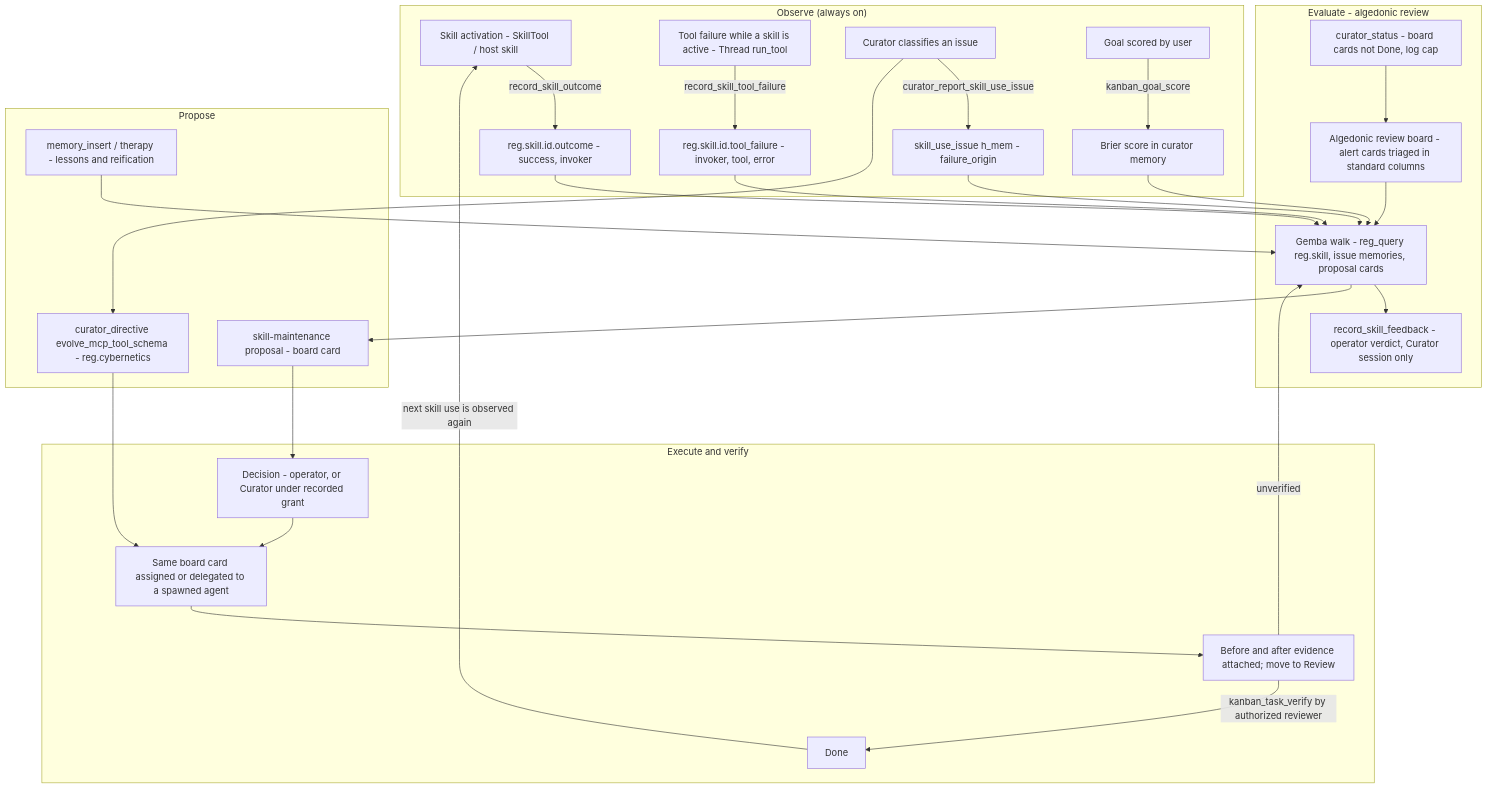
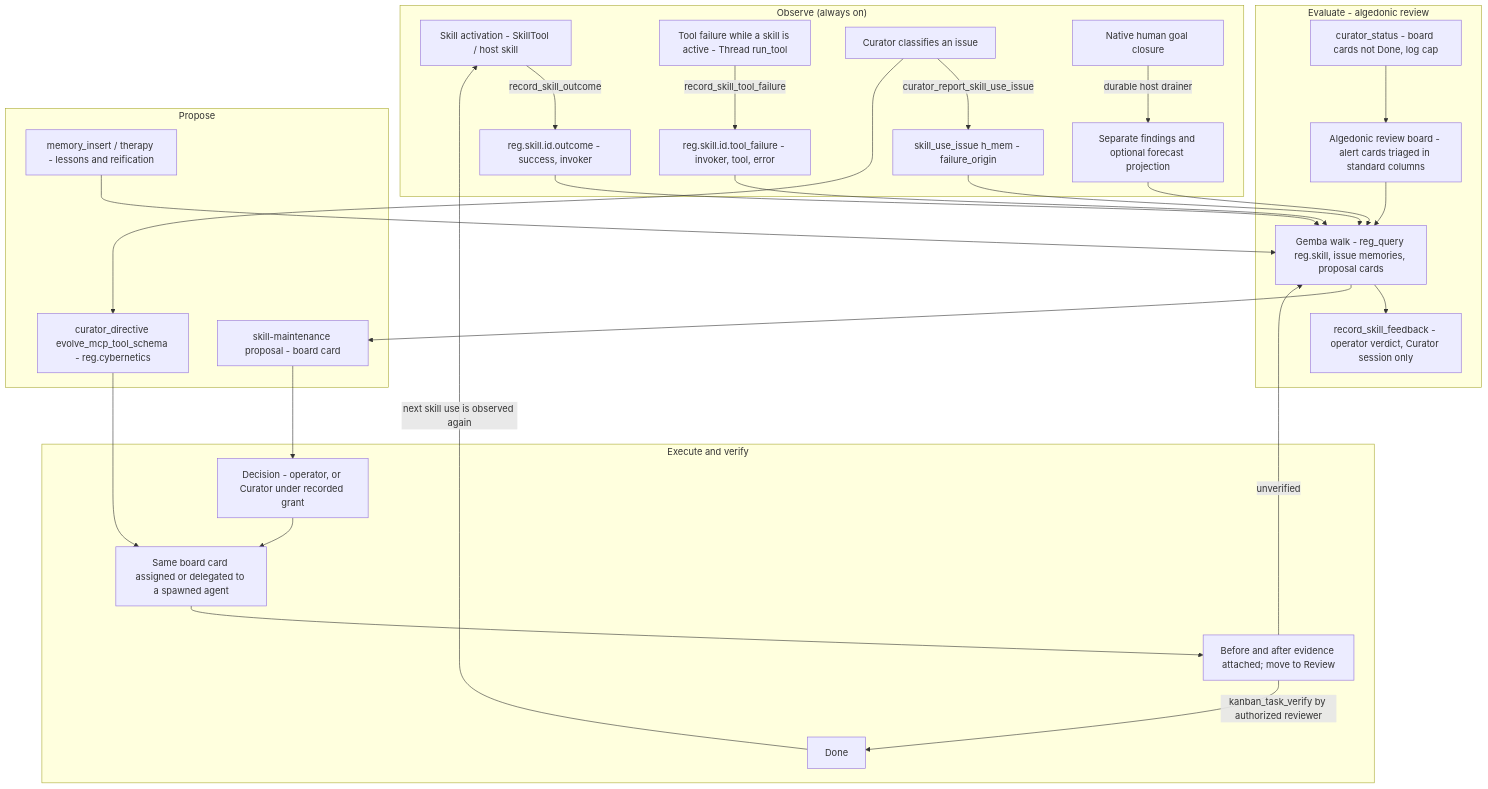
The eighth of 8 diagrams in kask/docs/diagrams/architecture.md (mdz-axo/zed-kask), drawn with Mermaid before and after one commit. The commit also changed other lines of this file and 32 other files, not shown here.

First line of the commit message:
Align goal guidance with optional forecasts

````diff
--- a/kask/docs/diagrams/architecture.md
+++ b/kask/docs/diagrams/architecture.md
@@ -591,35 +591,35 @@
 ```mermaid
 flowchart TD
     subgraph Observe["Observe (always on)"]
         A[Skill activation - SkillTool / host skill] -->|record_skill_outcome| O1[reg.skill.id.outcome - success, invoker]
         B[Tool failure while a skill is active - Thread run_tool] -->|record_skill_tool_failure| O2[reg.skill.id.tool_failure - invoker, tool, error]
         C[Curator classifies an issue] -->|curator_report_skill_use_issue| O3[skill_use_issue h_mem - failure_origin]
-        G[Goal scored by user] -->|kanban_goal_score| O4[Brier score in curator memory]
+        G[Native human goal closure] -->|durable host drainer| O4[Separate findings and optional forecast projection]
     end
     subgraph Evaluate["Evaluate - algedonic review"]
         S[curator_status - board cards not Done, log cap] --> R[Algedonic review board - alert cards triaged in standard columns]
         R --> W[Gemba walk - reg_query reg.skill, issue memories, proposal cards]
         W --> V[record_skill_feedback - operator verdict, Curator session only]
     end
     subgraph Propose
         P1[skill-maintenance proposal - board card]
         P2[curator_directive evolve_mcp_tool_schema - reg.cybernetics]
         P3[memory_insert / therapy - lessons and reification]
     end
     subgraph Execute["Execute and verify"]
         D[Decision - operator, or Curator under recorded grant] --> K[Same board card assigned or delegated to a spawned agent]
         K --> T[Before and after evidence attached; move to Review]
         T -->|kanban_task_verify by authorized reviewer| Done[Done]
         T -->|unverified| W
     end
     O1 --> W
     O2 --> W
     O3 --> W
     O4 --> W
     W --> P1
     C --> P2
     P1 --> D
     P2 --> K
     P3 --> W
     Done -->|next skill use is observed again| A
 ```
````
